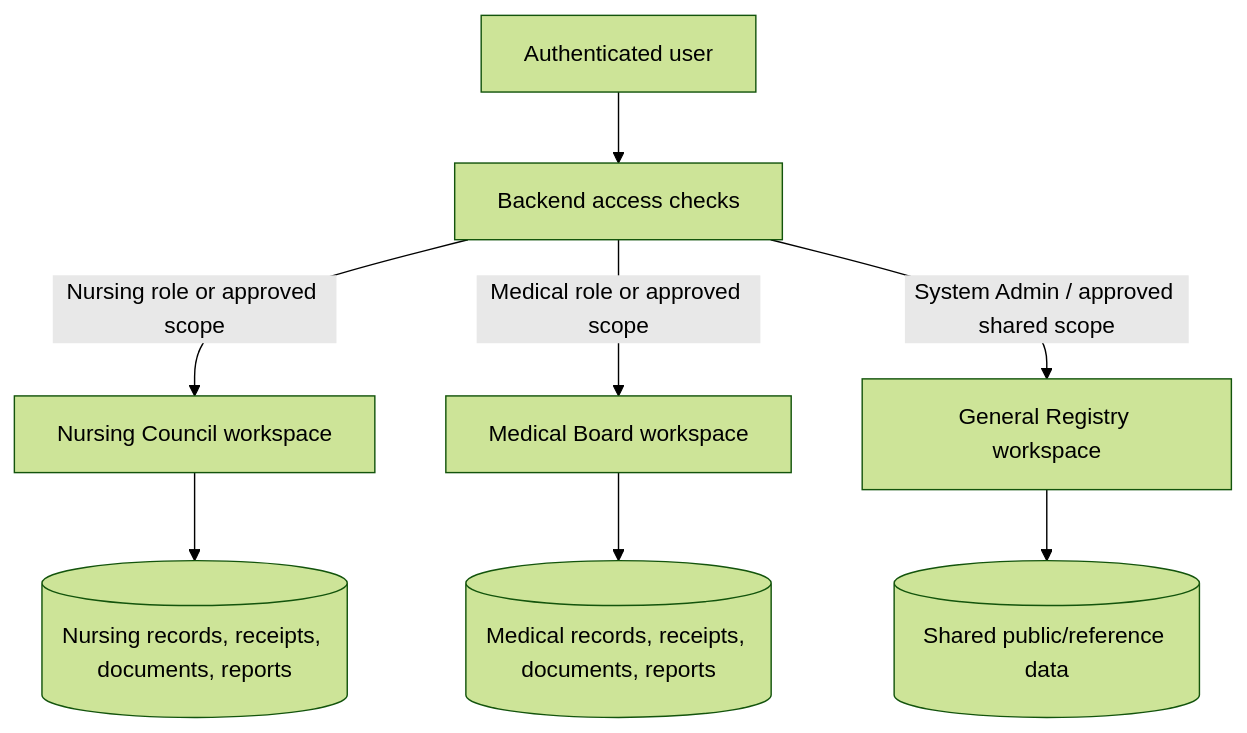
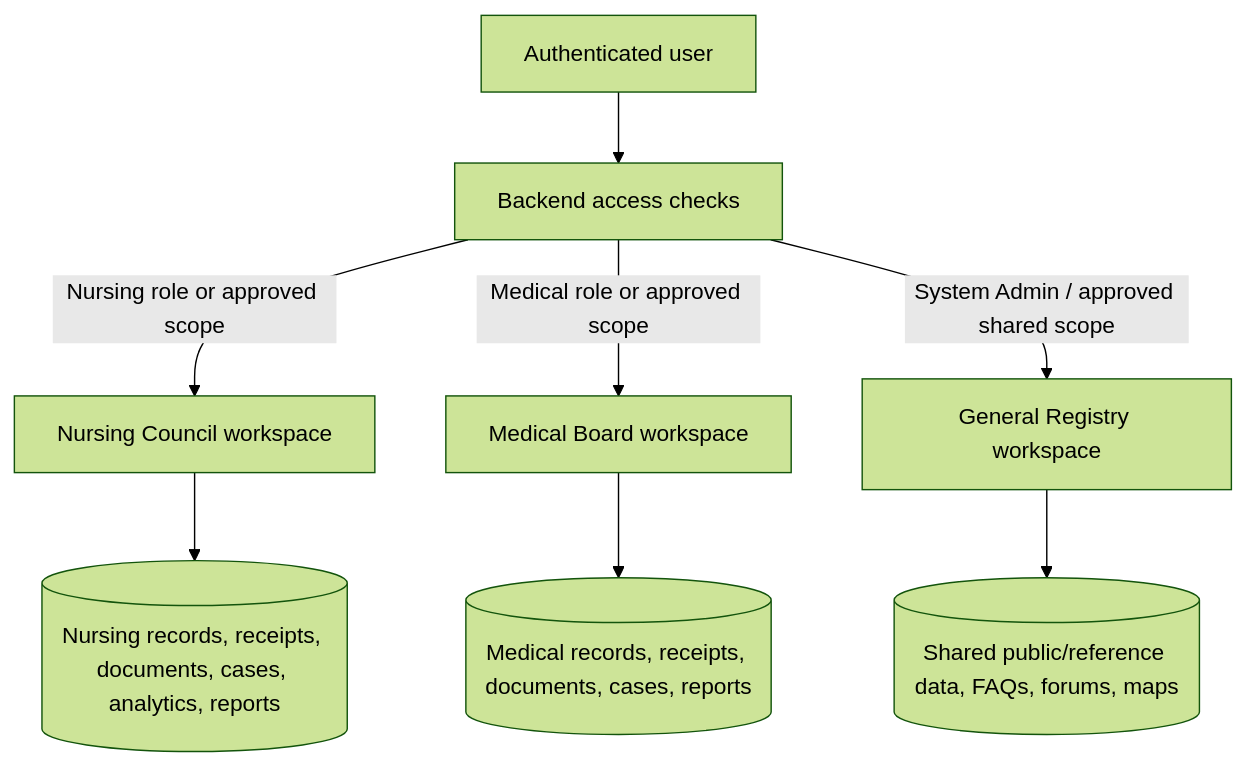
The second of 5 diagrams in docs/government_launch_package/02_technical_architecture.md (darrenpp/DjangoProject), drawn with Mermaid (forest theme) before and after one commit. The commit also changed other lines of this file and 461 other files, not shown here.

````diff
--- a/docs/government_launch_package/02_technical_architecture.md
+++ b/docs/government_launch_package/02_technical_architecture.md
@@ -50,20 +59,20 @@
 ```mermaid
 flowchart TB
     User[Authenticated user]
     Access[Backend access checks]
     Nursing[Nursing Council workspace]
     Medical[Medical Board workspace]
     General[General Registry workspace]
 
-    NursingData[(Nursing records, receipts, documents, reports)]
-    MedicalData[(Medical records, receipts, documents, reports)]
-    GeneralData[(Shared public/reference data)]
+    NursingData[(Nursing records, receipts, documents, cases, analytics, reports)]
+    MedicalData[(Medical records, receipts, documents, cases, reports)]
+    GeneralData[(Shared public/reference data, FAQs, forums, maps)]
 
     User --> Access
     Access -->|Nursing role or approved scope| Nursing
     Access -->|Medical role or approved scope| Medical
     Access -->|System Admin / approved shared scope| General
     Nursing --> NursingData
     Medical --> MedicalData
     General --> GeneralData
 ```
````
